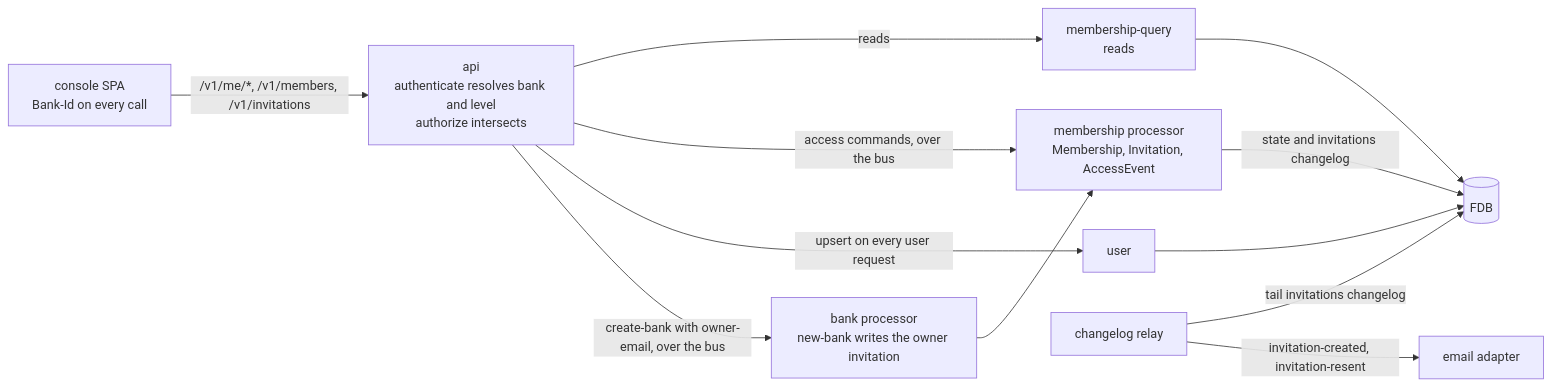
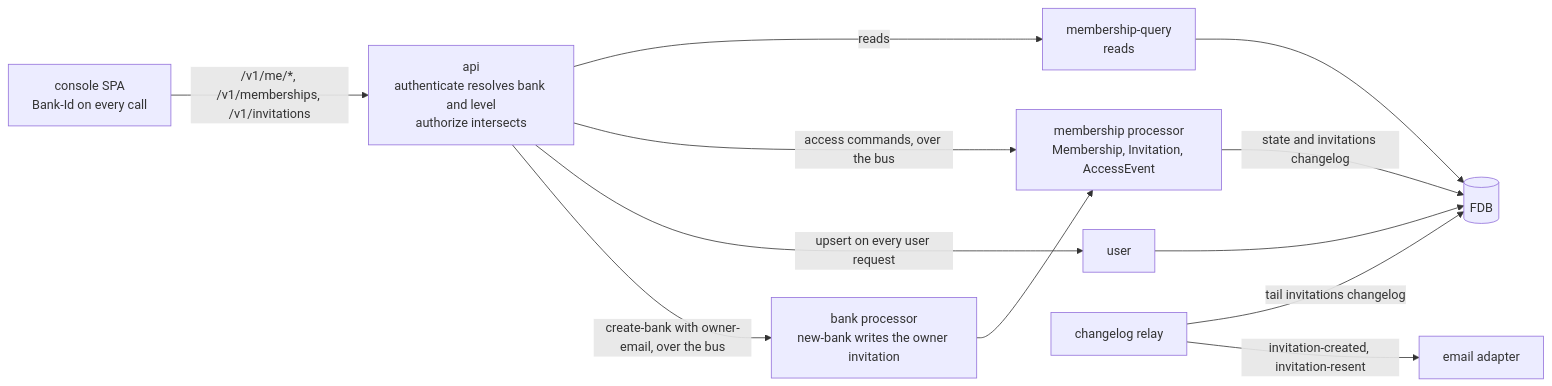
One commit to repldriven/queenswood changed the diagram in docs/tdd/access.md. Above: the diagram before and after it, drawn with Mermaid. The commit also changed other lines of this file and 61 other files, not shown here.

````diff
--- a/docs/tdd/access.md
+++ b/docs/tdd/access.md
@@ -317,24 +317,24 @@
 ```mermaid
 graph LR
     SPA["console SPA<br/>Bank-Id on every call"]
     API["api<br/>authenticate resolves bank and level<br/>authorize intersects"]
     BQ["membership-query<br/>reads"]
     BM["membership processor<br/>Membership, Invitation, AccessEvent"]
     BU["user"]
     BB["bank processor<br/>new-bank writes the owner invitation"]
     RL["changelog relay"]
     EM["email adapter"]
     FDB[("FDB")]
 
-    SPA -->|"/v1/me/*, /v1/members, /v1/invitations"| API
+    SPA -->|"/v1/me/*, /v1/memberships, /v1/invitations"| API
     API -->|"reads"| BQ
     API -->|"access commands, over the bus"| BM
     API -->|"upsert on every user request"| BU
     API -->|"create-bank with owner-email, over the bus"| BB
     BB --> BM
     BM -->|"state and invitations changelog"| FDB
     RL -->|"tail invitations changelog"| FDB
     RL -->|"invitation-created, invitation-resent"| EM
     BQ --> FDB
     BU --> FDB
 ```
````
